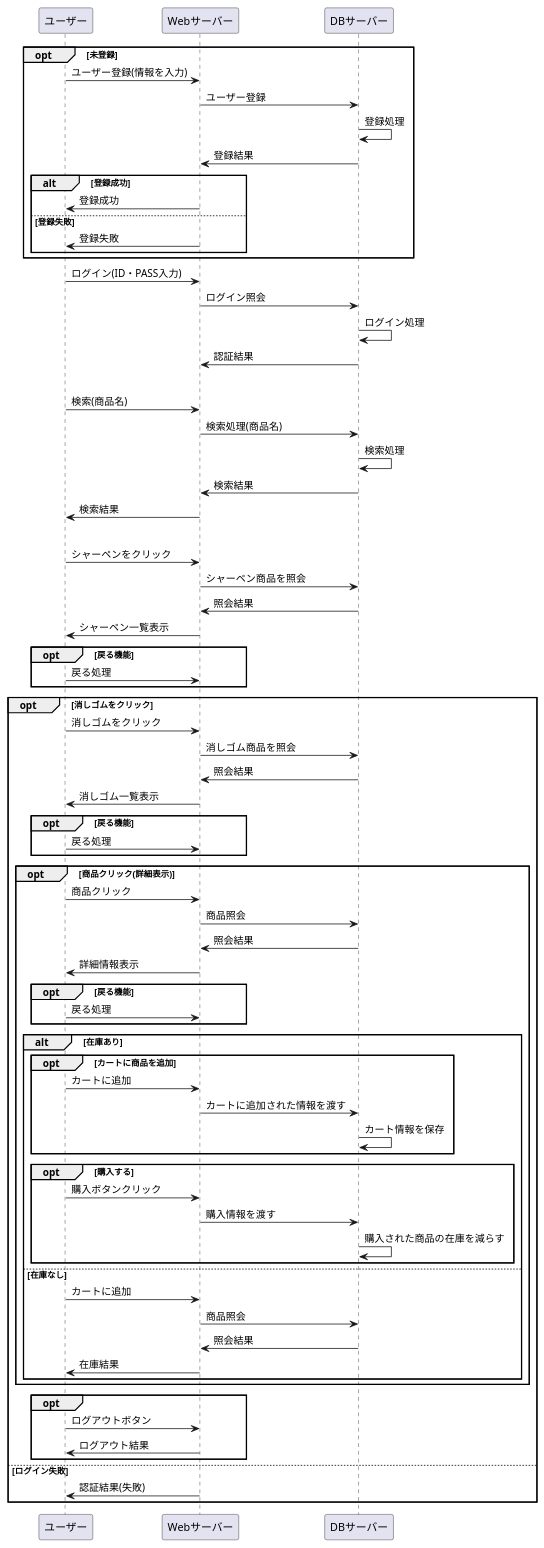
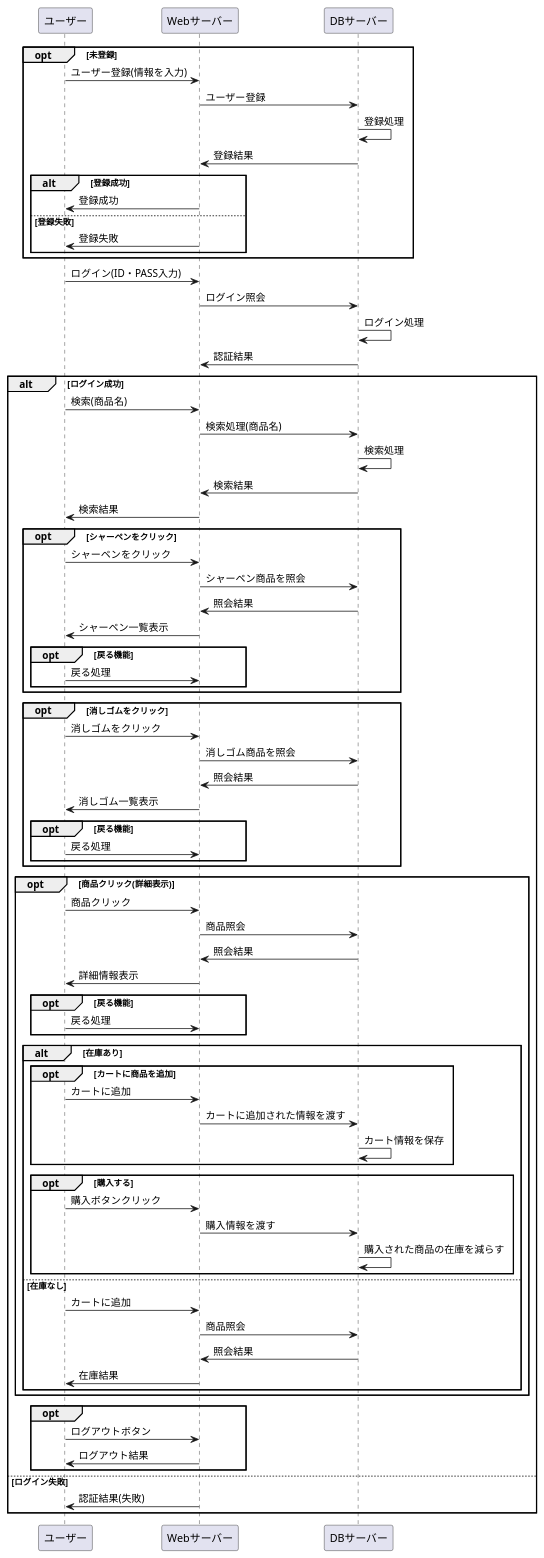
Before and after one commit to Aso2001184/2021sys-design: the diagram in あの消し.業務フロー.md, drawn with PlantUML.

```diff
--- a/あの消し.業務フロー.md
+++ b/あの消し.業務フロー.md
@@ -36,6 +36,7 @@
 opt 戻る機能
 ユーザー -> Webサーバー : 戻る処理
 end
+end 
 
 opt 消しゴムをクリック
 
@@ -46,6 +47,7 @@
 
 opt 戻る機能
 ユーザー -> Webサーバー : 戻る処理
+end
 end
 
 
```
